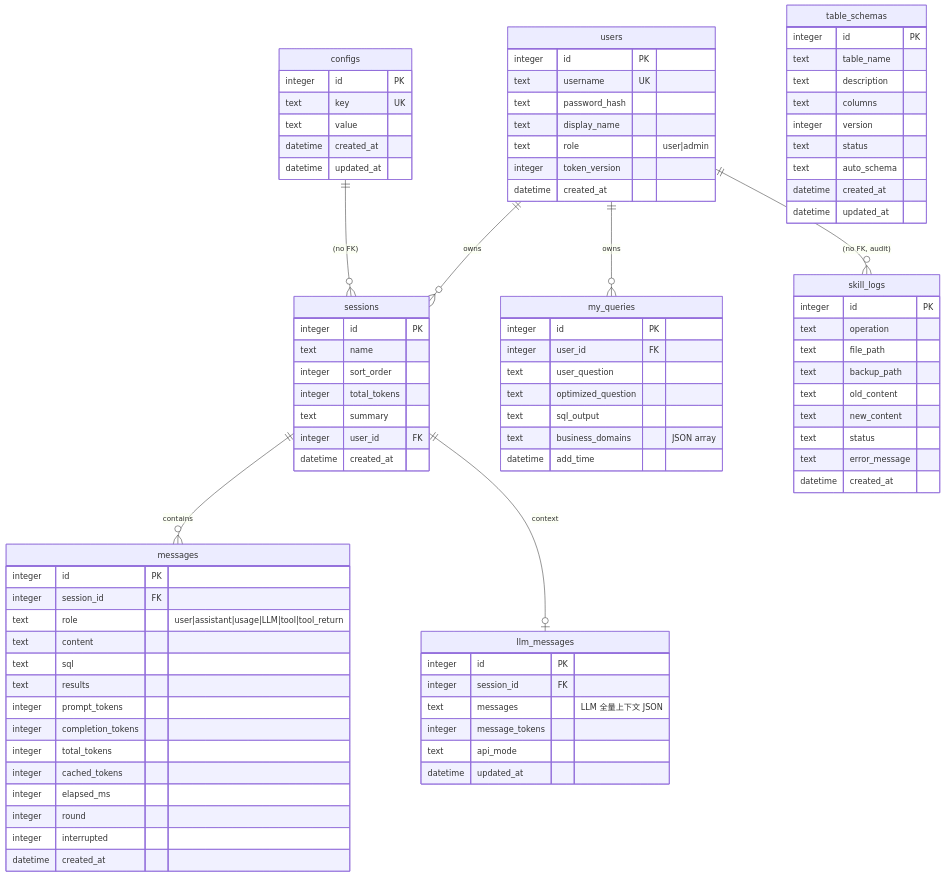
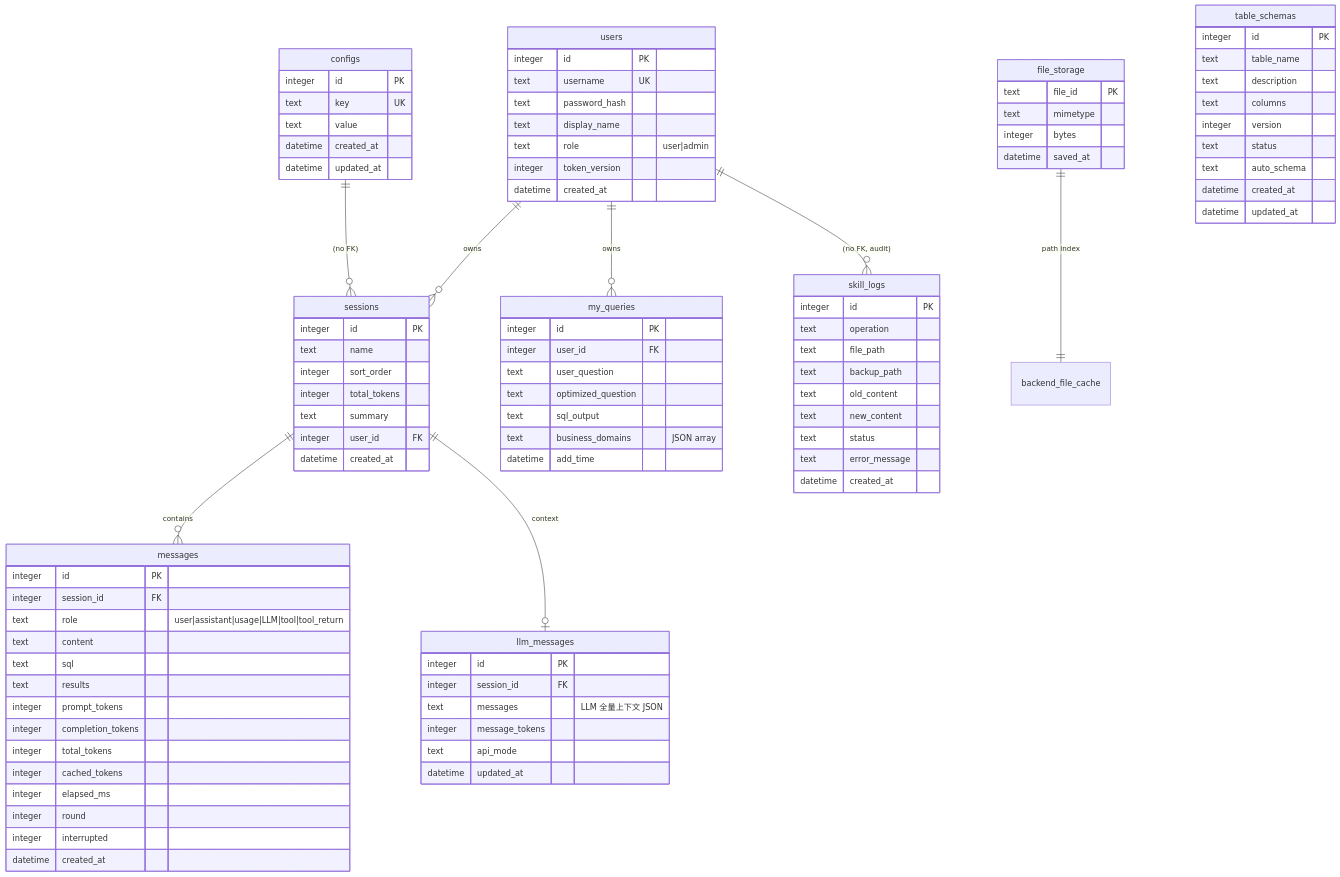
Before and after one commit to cd547/XTSQLQueryAgent: the second of 2 diagrams in docs/V1/02-架构设计.md, drawn with Mermaid. The commit also changed other lines of this file and 9 other files, not shown here.

````diff
--- a/docs/V1/02-架构设计.md
+++ b/docs/V1/02-架构设计.md
@@ -123,6 +128,7 @@
     sessions ||--o| llm_messages : context
     users ||--o{ skill_logs : "(no FK, audit)"
     configs ||--o{ sessions : "(no FK)"
+    file_storage ||--|| backend_file_cache : "path index"
 
     users {
         integer id PK
@@ -204,4 +210,10 @@
         datetime created_at
         datetime updated_at
     }
+    file_storage {
+        text file_id PK
+        text mimetype
+        integer bytes
+        datetime saved_at
+    }
 ```
````
